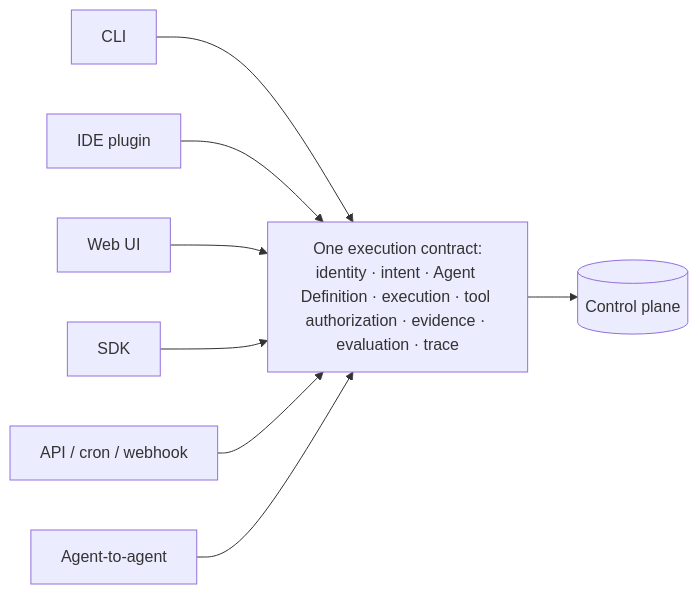
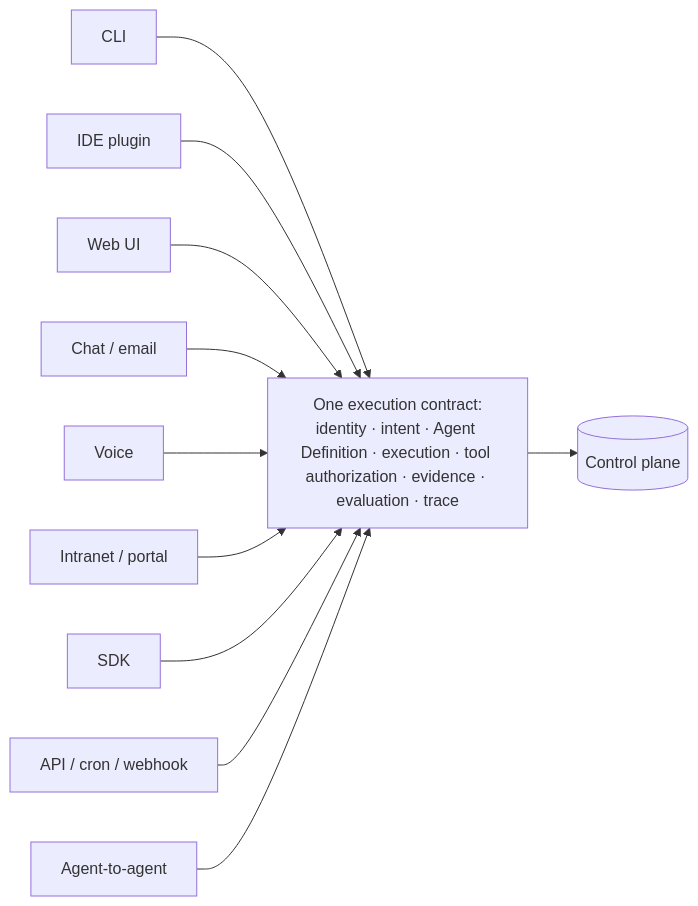
The fourth of 6 diagrams in guide/05-operate/37-control-surfaces-event-contracts-and-storage.md (jaydubya818/ai-software-factory-mastery), drawn with Mermaid before and after one commit. The commit also changed other lines of this file and 9 other files, not shown here.

Commit message:
docs: strengthen ontology and agent architecture guidance

````diff
--- a/guide/05-operate/37-control-surfaces-event-contracts-and-storage.md
+++ b/guide/05-operate/37-control-surfaces-event-contracts-and-storage.md
@@ -174,10 +174,13 @@
 ```mermaid
 flowchart LR
   CLI["CLI"] --> XC
   IDE["IDE plugin"] --> XC
   UI["Web UI"] --> XC
+  Chat["Chat / email"] --> XC
+  Voice["Voice"] --> XC
+  Portal["Intranet / portal"] --> XC
   SDK["SDK"] --> XC
   API["API / cron / webhook"] --> XC
   A2A["Agent-to-agent"] --> XC
   XC["One execution contract:<br/>identity · intent · Agent Definition · execution · tool authorization · evidence · evaluation · trace"] --> CP[("Control plane")]
 ```
````
